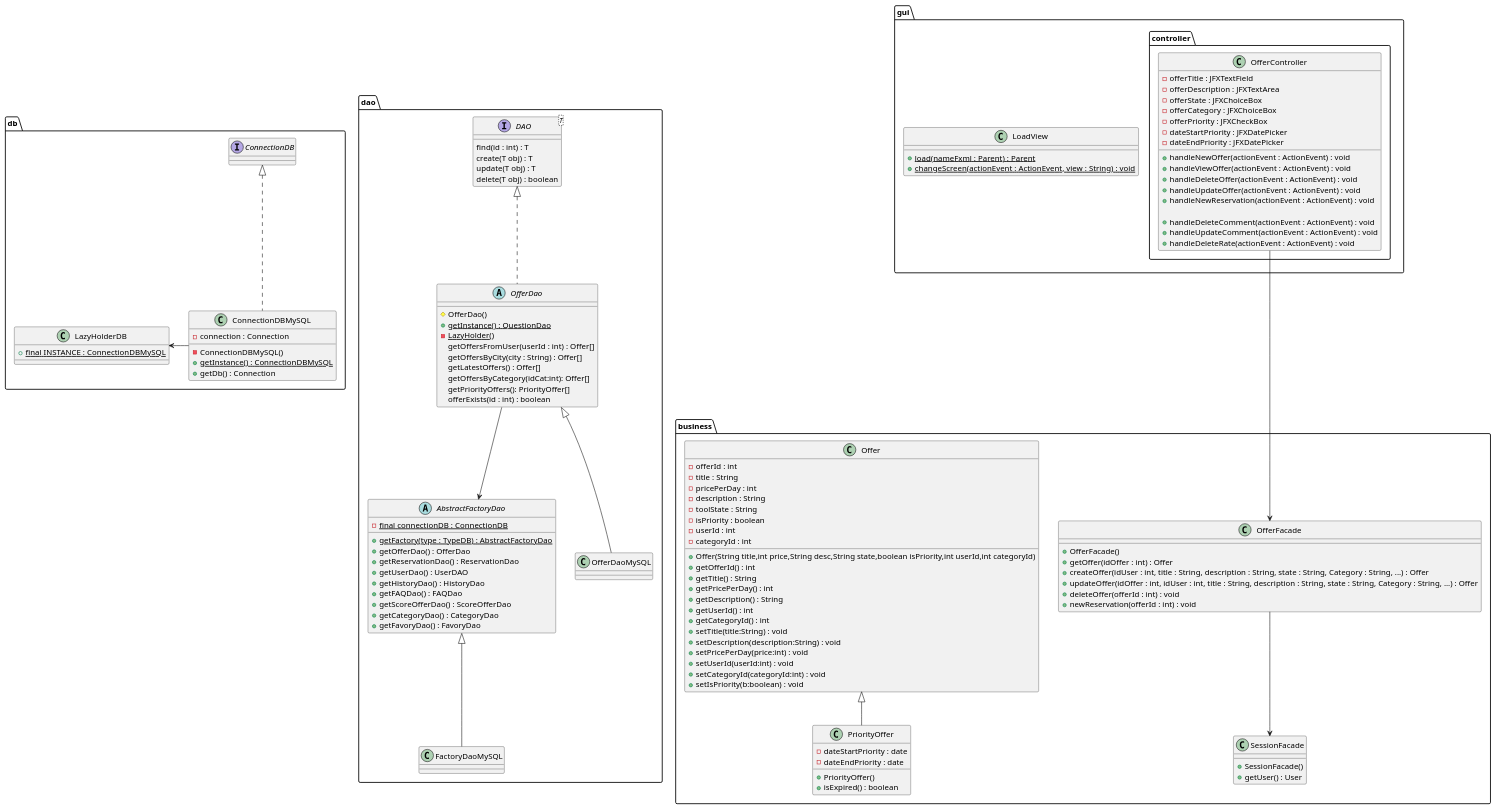
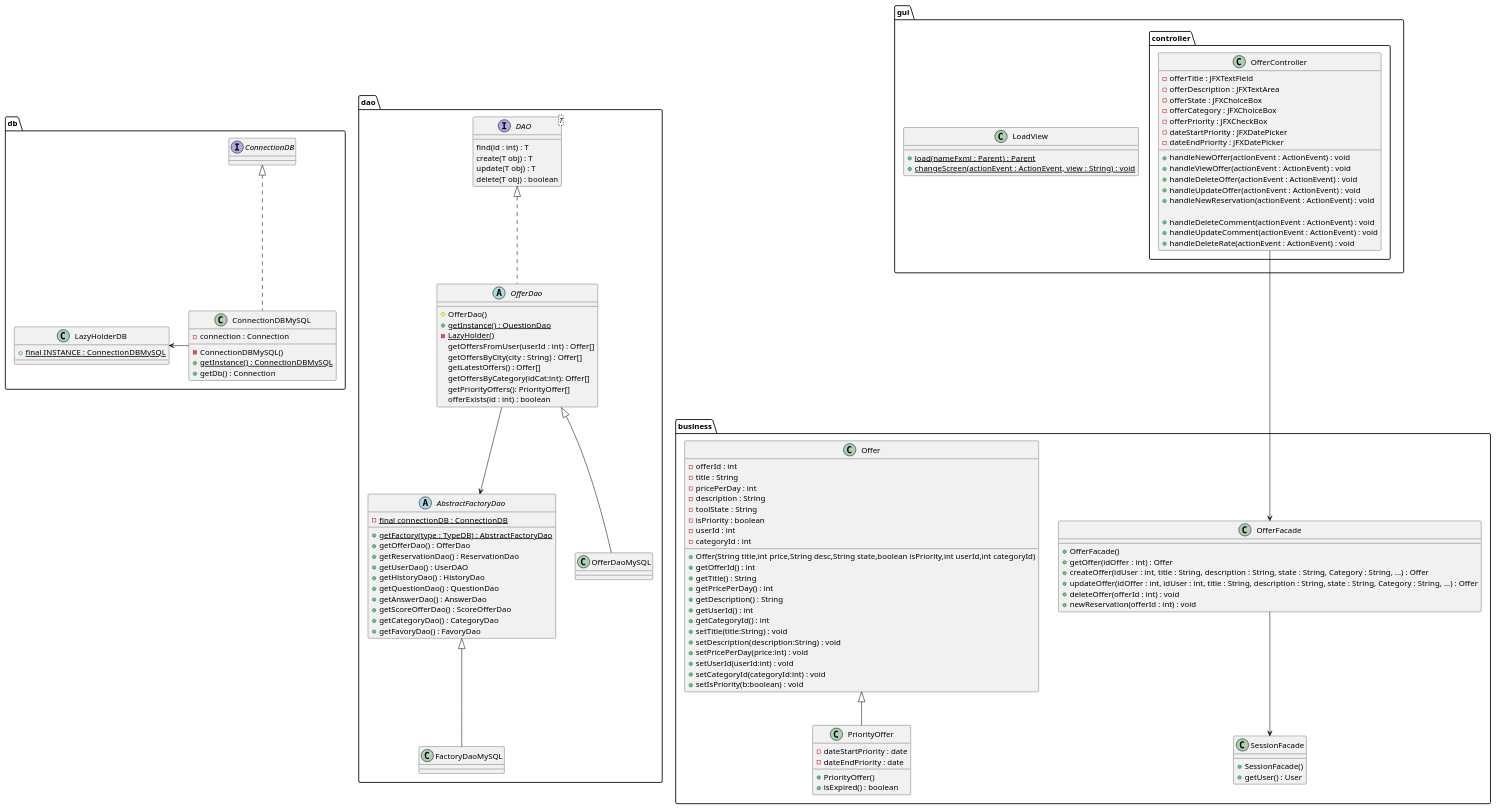
One commit to LaunoisRemy/ToolShare changed the diagram in documents/diagram/offer/offerClass.puml. Above: the diagram before and after it, drawn with PlantUML.

Commit message:
Uml : split faqDao

```diff
--- a/documents/diagram/offer/offerClass.puml
+++ b/documents/diagram/offer/offerClass.puml
@@ -1,150 +1,151 @@
 @startuml
 
 package dao {
 
 
     abstract OfferDao{
         # OfferDao()
         + {static} getInstance() : QuestionDao
         - {static} LazyHolder()
         getOffersFromUser(userId : int) : Offer[]
         getOffersByCity(city : String) : Offer[]
         getLatestOffers() : Offer[]
         getOffersByCategory(idCat:int): Offer[]
         getPriorityOffers(): PriorityOffer[]
         offerExists(id : int) : boolean
     }
     class OfferDaoMySQL
     FactoryDaoMySQL -up-|> AbstractFactoryDao
     OfferDaoMySQL -up-|> OfferDao
 
 
     interface DAO<T>{
         find(id : int) : T
         create(T obj) : T
         update(T obj) : T
         delete(T obj) : boolean
     }
 
     abstract AbstractFactoryDao{
         - {static} final connectionDB : ConnectionDB
         + {static} getFactory(type : TypeDB) : AbstractFactoryDao
         + getOfferDao() : OfferDao
         + getReservationDao() : ReservationDao
         + getUserDao() : UserDAO
         + getHistoryDao() : HistoryDao
-        + getFAQDao() : FAQDao
+        + getQuestionDao() : QuestionDao
+        + getAnswerDao() : AnswerDao
         + getScoreOfferDao() : ScoreOfferDao
         + getCategoryDao() : CategoryDao
         + getFavoryDao() : FavoryDao
     }
 
     class FactoryDaoMySQL{
     }
 
 
     DAO <|.. OfferDao
     OfferDao-->AbstractFactoryDao
 }
 package db{
     class ConnectionDBMySQL{
         - connection : Connection
         - ConnectionDBMySQL()
         + {static} getInstance() : ConnectionDBMySQL
         + getDb() : Connection
     }
 
     class LazyHolderDB{
         + {static} final INSTANCE : ConnectionDBMySQL
     }
     interface ConnectionDB
     ConnectionDBMySQL -Left-> LazyHolderDB
     ConnectionDBMySQL .up.|> ConnectionDB
 
 }
 package business{
     class SessionFacade{
         + SessionFacade()
         + getUser() : User
     }
 
     class Offer{
         -offerId : int
         -title : String
         -pricePerDay : int
         -description : String
         -toolState : String
         -isPriority : boolean
         -userId : int
         -categoryId : int
         + Offer(String title,int price,String desc,String state,boolean isPriority,int userId,int categoryId)
         + getOfferId() : int
         + getTitle() : String
         + getPricePerDay() : int
         + getDescription() : String
         + getUserId() : int
         + getCategoryId() : int
         + setTitle(title:String) : void
         + setDescription(description:String) : void
         + setPricePerDay(price:int) : void
         + setUserId(userId:int) : void
         + setCategoryId(categoryId:int) : void
         + setIsPriority(b:boolean) : void
     }
 
     class PriorityOffer{
         -dateStartPriority : date
         -dateEndPriority : date
         +PriorityOffer()
         +isExpired() : boolean
     }
     class OfferFacade{
         + OfferFacade()
         + getOffer(idOffer : int) : Offer
         + createOffer(idUser : int, title : String, description : String, state : String, Category : String, ...) : Offer
         + updateOffer(idOffer : int, idUser : int, title : String, description : String, state : String, Category : String, ...) : Offer
         + deleteOffer(offerId : int) : void
         + newReservation(offerId : int) : void
     }
 
         Offer <|-- PriorityOffer
 
 
 }
 
 package gui{
 
     class LoadView{
         + {static} load(nameFxml : Parent) : Parent
         + {static} changeScreen(actionEvent : ActionEvent, view : String) : void
     }
 
     package controller{
         class OfferController{
             -offerTitle : JFXTextField
             -offerDescription : JFXTextArea
             -offerState : JFXChoiceBox
             -offerCategory : JFXChoiceBox
             -offerPriority : JFXCheckBox
             -dateStartPriority : JFXDatePicker
             -dateEndPriority : JFXDatePicker
             + handleNewOffer(actionEvent : ActionEvent) : void
             + handleViewOffer(actionEvent : ActionEvent) : void
             + handleDeleteOffer(actionEvent : ActionEvent) : void
             + handleUpdateOffer(actionEvent : ActionEvent) : void
             + handleNewReservation(actionEvent : ActionEvent) : void
 
             + handleDeleteComment(actionEvent : ActionEvent) : void
             + handleUpdateComment(actionEvent : ActionEvent) : void
             + handleDeleteRate(actionEvent : ActionEvent) : void
 
         }
 
     }
 }
 OfferFacade <--Up- OfferController
 SessionFacade <-Up- OfferFacade
 
 
 
 @enduml
```
